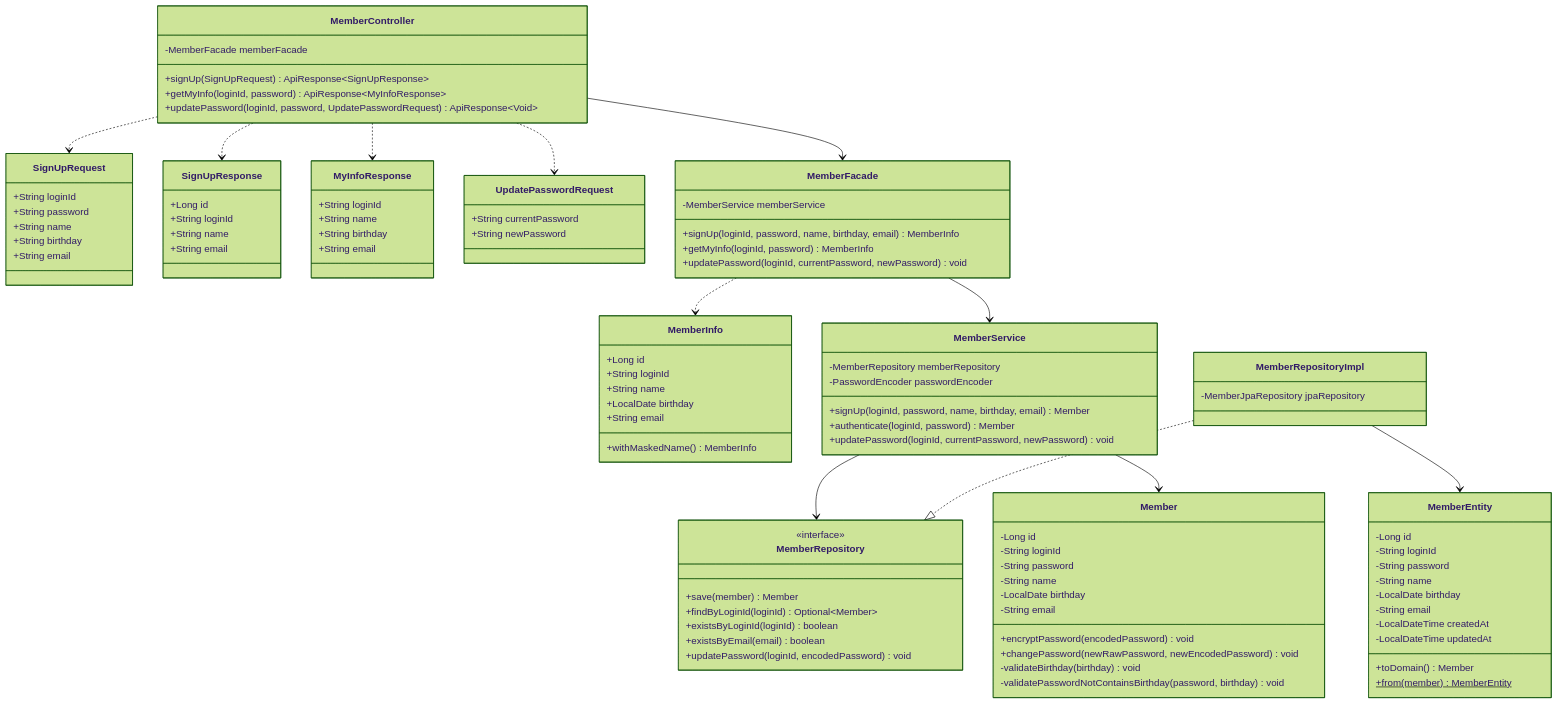
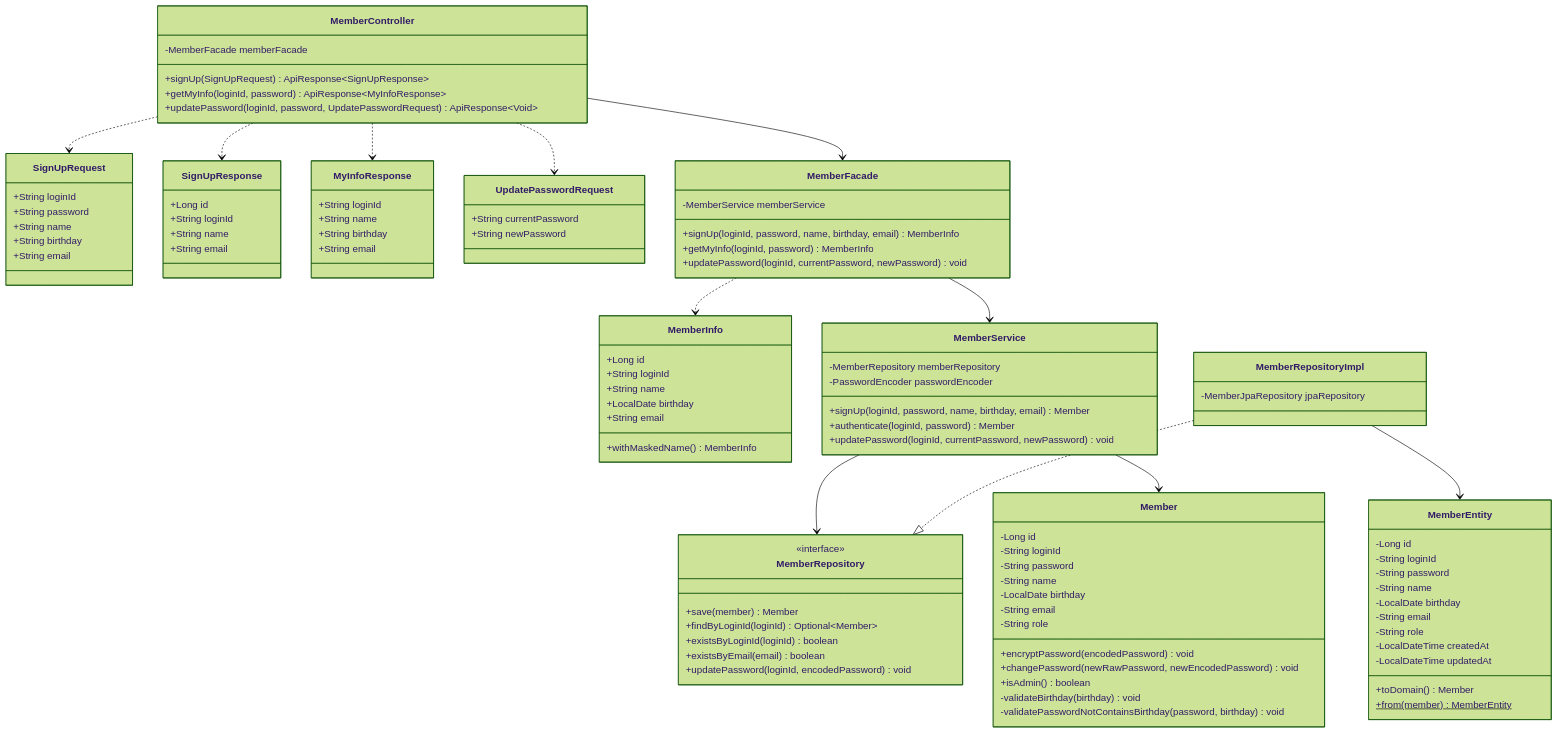
One commit to letter333/loop-pack-be-l2-vol3-java changed the second of 11 diagrams in docs/design/03-class-diagram.md. Above: the diagram before and after it, drawn with Mermaid (forest theme). The commit also changed 1 other file, not shown here.

Commit message:
docs: members 테이블에 role 컬럼 추가
- ERD: members 테이블에 role enum 컬럼 추가 (USER, ADMIN)
- 클래스 다이어그램: Member, MemberEntity에 role 필드 추가
- 관리자 권한 검증을 위한 isAdmin() 메서드 추가

```diff
--- a/docs/design/03-class-diagram.md
+++ b/docs/design/03-class-diagram.md
@@ -96,8 +96,10 @@
         -String name
         -LocalDate birthday
         -String email
+        -String role
         +encryptPassword(encodedPassword) void
         +changePassword(newRawPassword, newEncodedPassword) void
+        +isAdmin() boolean
         -validateBirthday(birthday) void
         -validatePasswordNotContainsBirthday(password, birthday) void
     }
@@ -131,6 +133,7 @@
         -String name
         -LocalDate birthday
         -String email
+        -String role
         -LocalDateTime createdAt
         -LocalDateTime updatedAt
         +toDomain() Member
```
